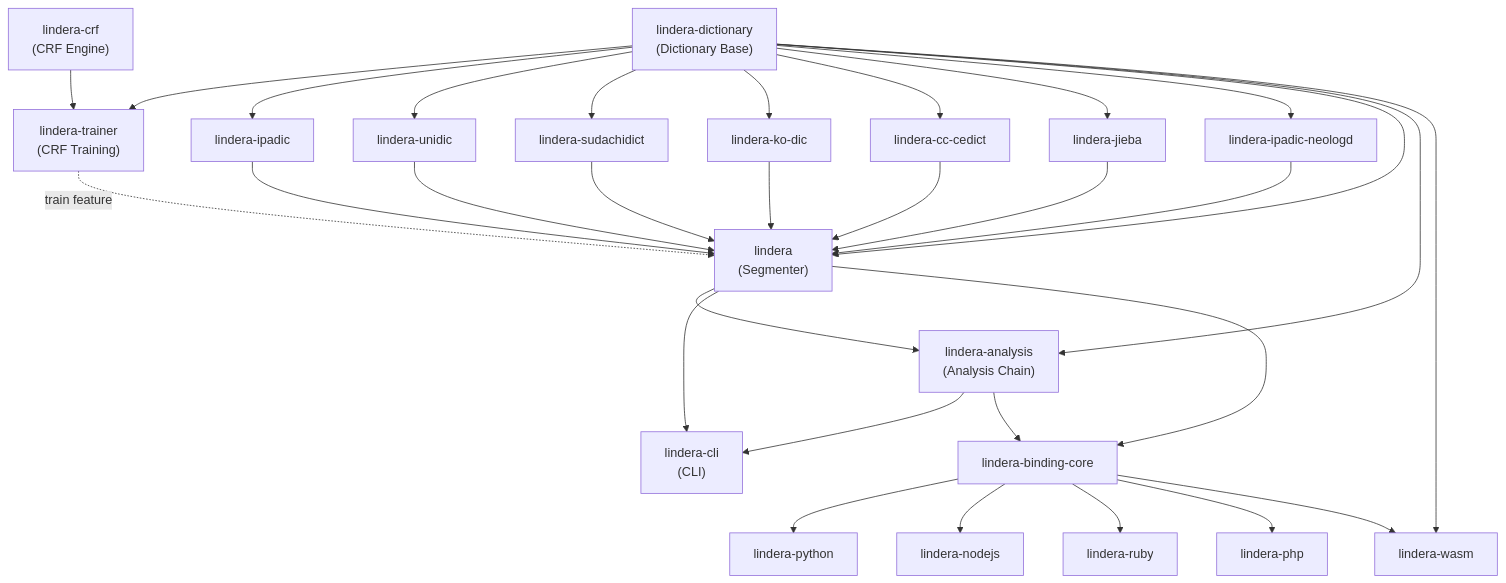
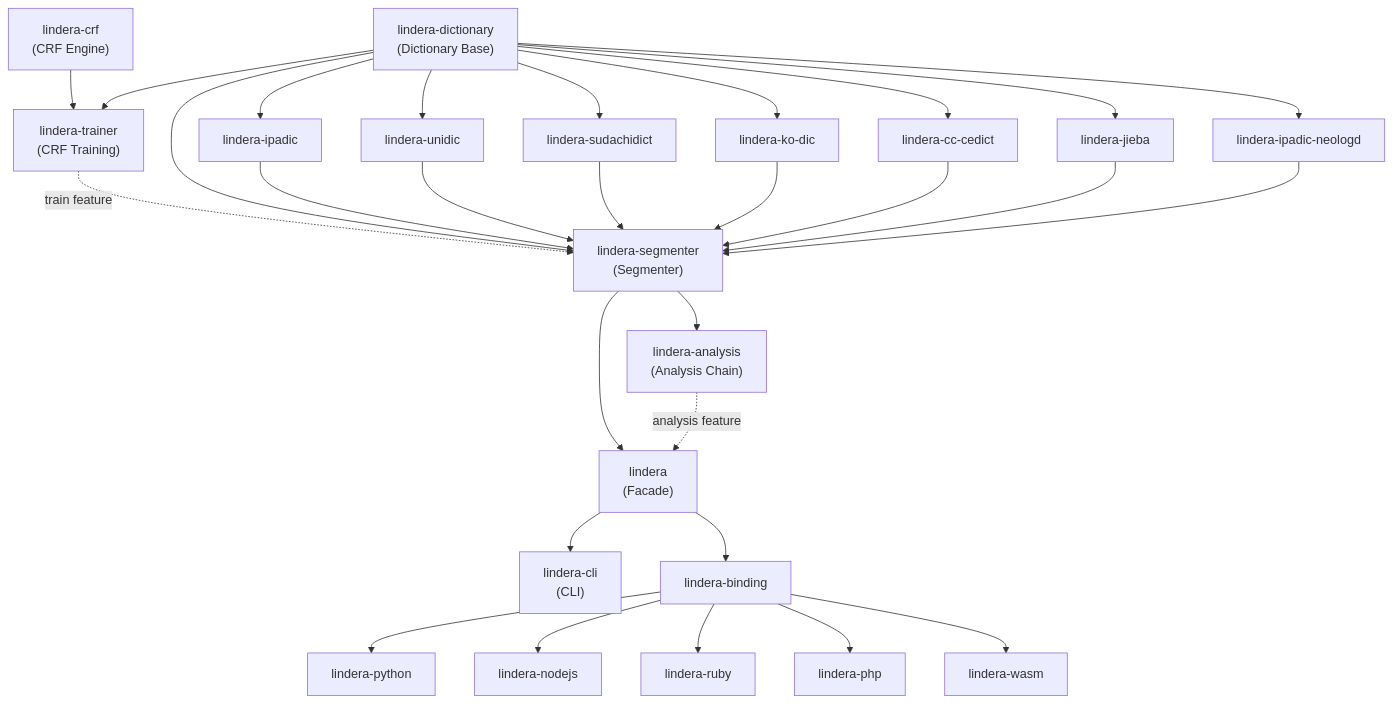
Before and after one commit to lindera/lindera: the diagram in docs/ja/src/architecture.md, drawn with Mermaid. The commit also changed other lines of this file and 128 other files, not shown here.

First line of the commit message:
feat!: introduce the lindera facade crate over lindera-segmenter and lindera-analysis (#1079)

````diff
--- a/docs/ja/src/architecture.md
+++ b/docs/ja/src/architecture.md
@@ -7,53 +7,52 @@
 ```mermaid
 graph TB
     CRF["lindera-crf\n(CRF Engine)"]
     DICT["lindera-dictionary\n(Dictionary Base)"]
     TRAINER["lindera-trainer\n(CRF Training)"]
     IPADIC["lindera-ipadic"]
     UNIDIC["lindera-unidic"]
     SUDACHIDICT["lindera-sudachidict"]
     KODIC["lindera-ko-dic"]
     CCCEDICT["lindera-cc-cedict"]
     JIEBA["lindera-jieba"]
     NEOLOGD["lindera-ipadic-neologd"]
-    LIB["lindera\n(Segmenter)"]
+    SEGMENTER["lindera-segmenter\n(Segmenter)"]
     ANALYSIS["lindera-analysis\n(Analysis Chain)"]
+    LIB["lindera\n(Facade)"]
     CLI["lindera-cli\n(CLI)"]
-    BINDINGCORE["lindera-binding-core"]
+    BINDING["lindera-binding"]
     PY["lindera-python"]
     NODEJS["lindera-nodejs"]
     RUBY["lindera-ruby"]
     PHP["lindera-php"]
     WASM["lindera-wasm"]
 
     CRF --> TRAINER
     DICT --> TRAINER
-    TRAINER -.->|"train feature"| LIB
+    TRAINER -.->|"train feature"| SEGMENTER
     DICT --> IPADIC
     DICT --> UNIDIC
     DICT --> SUDACHIDICT
     DICT --> KODIC
     DICT --> CCCEDICT
     DICT --> JIEBA
     DICT --> NEOLOGD
-    DICT --> LIB
-    DICT --> ANALYSIS
-    DICT --> WASM
-    IPADIC --> LIB
-    UNIDIC --> LIB
-    SUDACHIDICT --> LIB
-    KODIC --> LIB
-    CCCEDICT --> LIB
-    JIEBA --> LIB
-    NEOLOGD --> LIB
-    LIB --> ANALYSIS
+    DICT --> SEGMENTER
+    IPADIC --> SEGMENTER
+    UNIDIC --> SEGMENTER
+    SUDACHIDICT --> SEGMENTER
+    KODIC --> SEGMENTER
+    CCCEDICT --> SEGMENTER
+    JIEBA --> SEGMENTER
+    NEOLOGD --> SEGMENTER
+    SEGMENTER --> ANALYSIS
+    SEGMENTER --> LIB
+    ANALYSIS -.->|"analysis feature"| LIB
     LIB --> CLI
-    ANALYSIS --> CLI
-    LIB --> BINDINGCORE
-    ANALYSIS --> BINDINGCORE
-    BINDINGCORE --> PY
-    BINDINGCORE --> NODEJS
-    BINDINGCORE --> RUBY
-    BINDINGCORE --> PHP
-    BINDINGCORE --> WASM
+    LIB --> BINDING
+    BINDING --> PY
+    BINDING --> NODEJS
+    BINDING --> RUBY
+    BINDING --> PHP
+    BINDING --> WASM
 ```
````
